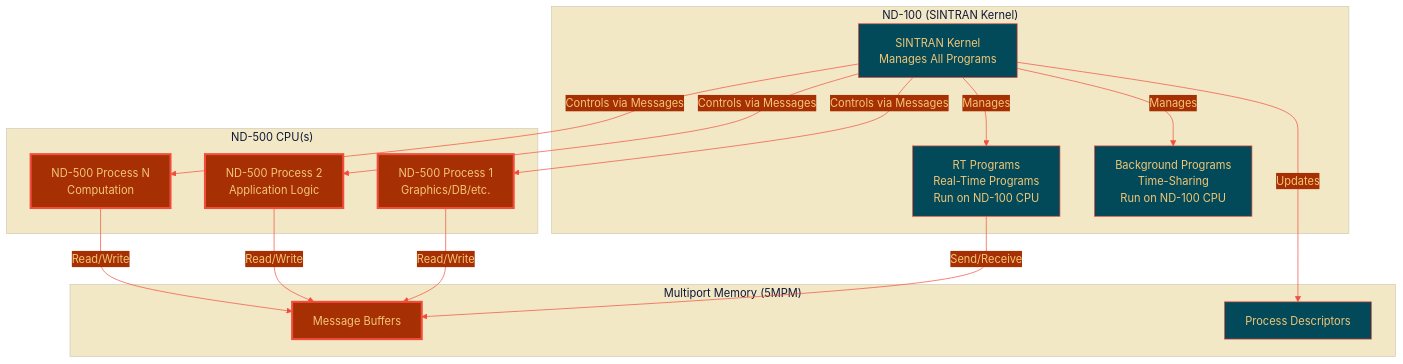
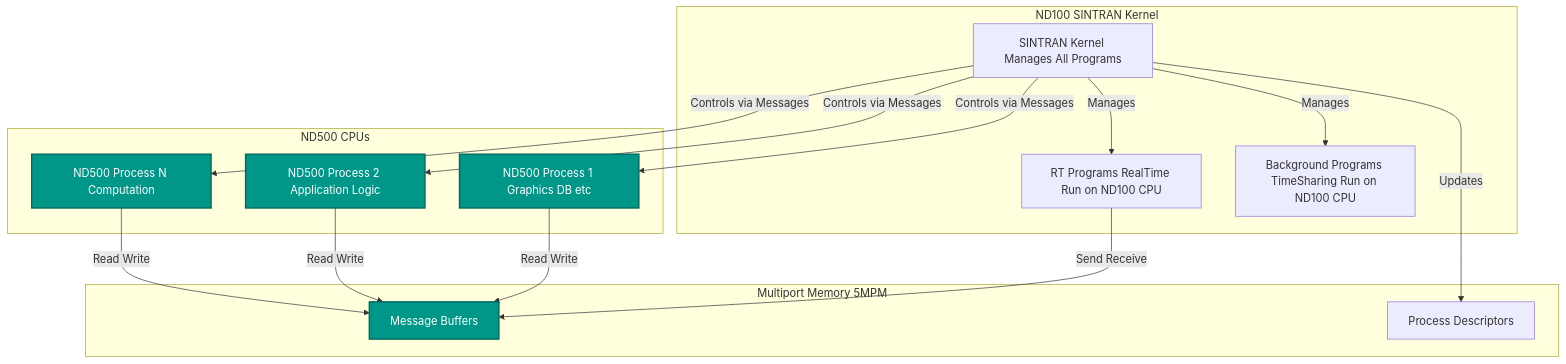
One commit to HackerCorpLabs/NDInsight changed the first of 3 diagrams in SINTRAN/OS/05-ND500-PROGRAMS-SPECIAL.md. Above: the diagram before and after it, drawn with Mermaid. The commit also changed other lines of this file and 19 other files, not shown here.

Commit message:
Updated Mermaid diagrams

````diff
--- a/SINTRAN/OS/05-ND500-PROGRAMS-SPECIAL.md
+++ b/SINTRAN/OS/05-ND500-PROGRAMS-SPECIAL.md
@@ -31,38 +31,37 @@
 ```mermaid
-%%{init: {'theme':'base', 'themeVariables': {'primaryColor':'#024959','primaryTextColor':'#F2C777','primaryBorderColor':'#F24C3D','lineColor':'#F24C3D','secondaryColor':'#A62F03','tertiaryColor':'#F2E8C6'}}}%%
 flowchart TB
-    subgraph ND100 ["ND-100 (SINTRAN Kernel)"]
-        RT[RT Programs<br/>Real-Time Programs<br/>Run on ND-100 CPU]
-        BG[Background Programs<br/>Time-Sharing<br/>Run on ND-100 CPU]
-        KERNEL[SINTRAN Kernel<br/>Manages All Programs]
+    subgraph ND100 [ND100 SINTRAN Kernel]
+        RT[RT Programs RealTime Run on ND100 CPU]
+        BG[Background Programs TimeSharing Run on ND100 CPU]
+        KERNEL[SINTRAN Kernel Manages All Programs]
     end
-    
-    subgraph ND500 ["ND-500 CPU(s)"]
-        P1[ND-500 Process 1<br/>Graphics/DB/etc.]
-        P2[ND-500 Process 2<br/>Application Logic]
-        P3[ND-500 Process N<br/>Computation]
+
+    subgraph ND500 [ND500 CPUs]
+        P1[ND500 Process 1 Graphics DB etc]
+        P2[ND500 Process 2 Application Logic]
+        P3[ND500 Process N Computation]
     end
-    
-    subgraph MPM ["Multiport Memory (5MPM)"]
+
+    subgraph MPM [Multiport Memory 5MPM]
         MSG[Message Buffers]
         DESC[Process Descriptors]
     end
-    
+
     KERNEL -->|Manages| RT
     KERNEL -->|Manages| BG
     KERNEL -->|Controls via Messages| P1
     KERNEL -->|Controls via Messages| P2
     KERNEL -->|Controls via Messages| P3
-    
-    RT -->|Send/Receive| MSG
-    P1 -->|Read/Write| MSG
-    P2 -->|Read/Write| MSG
-    P3 -->|Read/Write| MSG
-    
+
+    RT -->|"Send Receive"| MSG
+    P1 -->|"Read Write"| MSG
+    P2 -->|"Read Write"| MSG
+    P3 -->|"Read Write"| MSG
+
     KERNEL -->|Updates| DESC
-    
-    style P1 fill:#A62F03,stroke:#F24C3D,stroke-width:3px,color:#F2C777
-    style P2 fill:#A62F03,stroke:#F24C3D,stroke-width:3px,color:#F2C777
-    style P3 fill:#A62F03,stroke:#F24C3D,stroke-width:3px,color:#F2C777
-    style MSG fill:#A62F03,stroke:#F24C3D,stroke-width:3px,color:#F2C777
+
+    style P1 fill:#009688,stroke:#00695C,stroke-width:2px,color:#fff
+    style P2 fill:#009688,stroke:#00695C,stroke-width:2px,color:#fff
+    style P3 fill:#009688,stroke:#00695C,stroke-width:2px,color:#fff
+    style MSG fill:#009688,stroke:#00695C,stroke-width:2px,color:#fff
 ```
````
